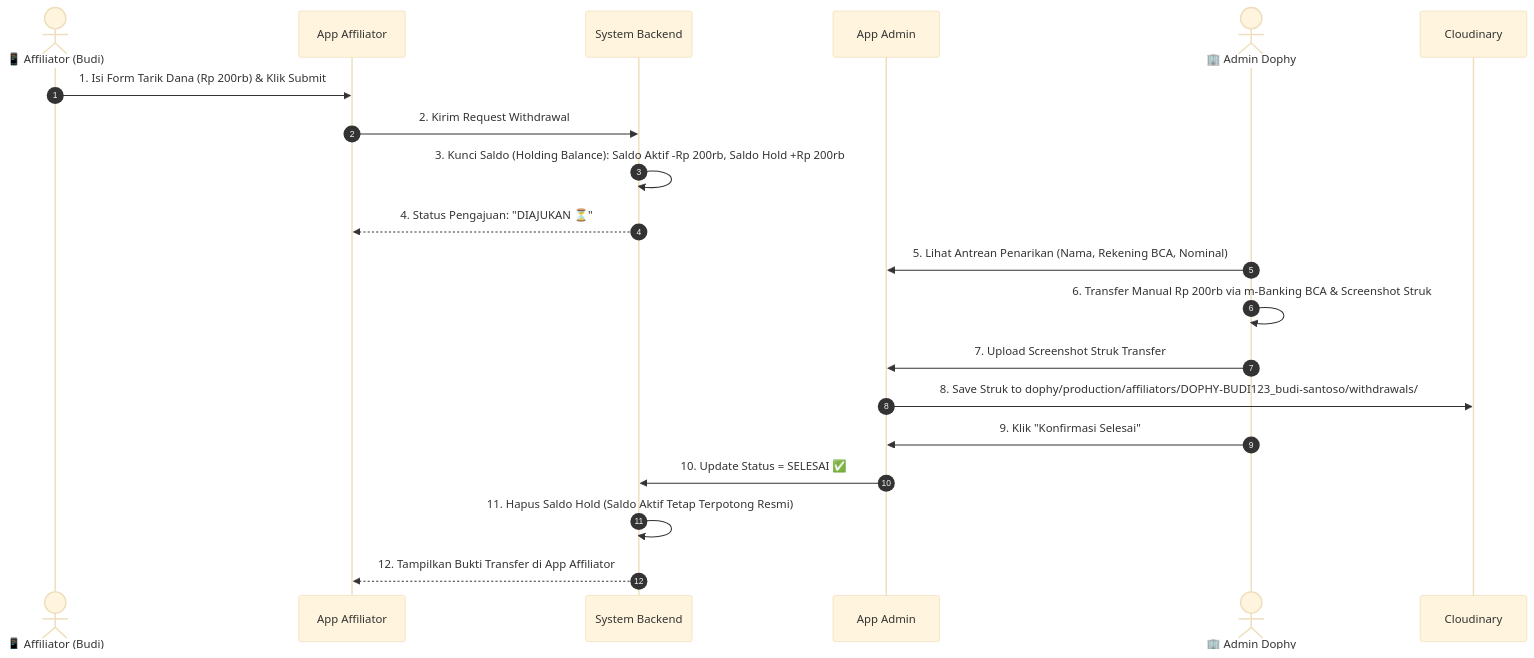
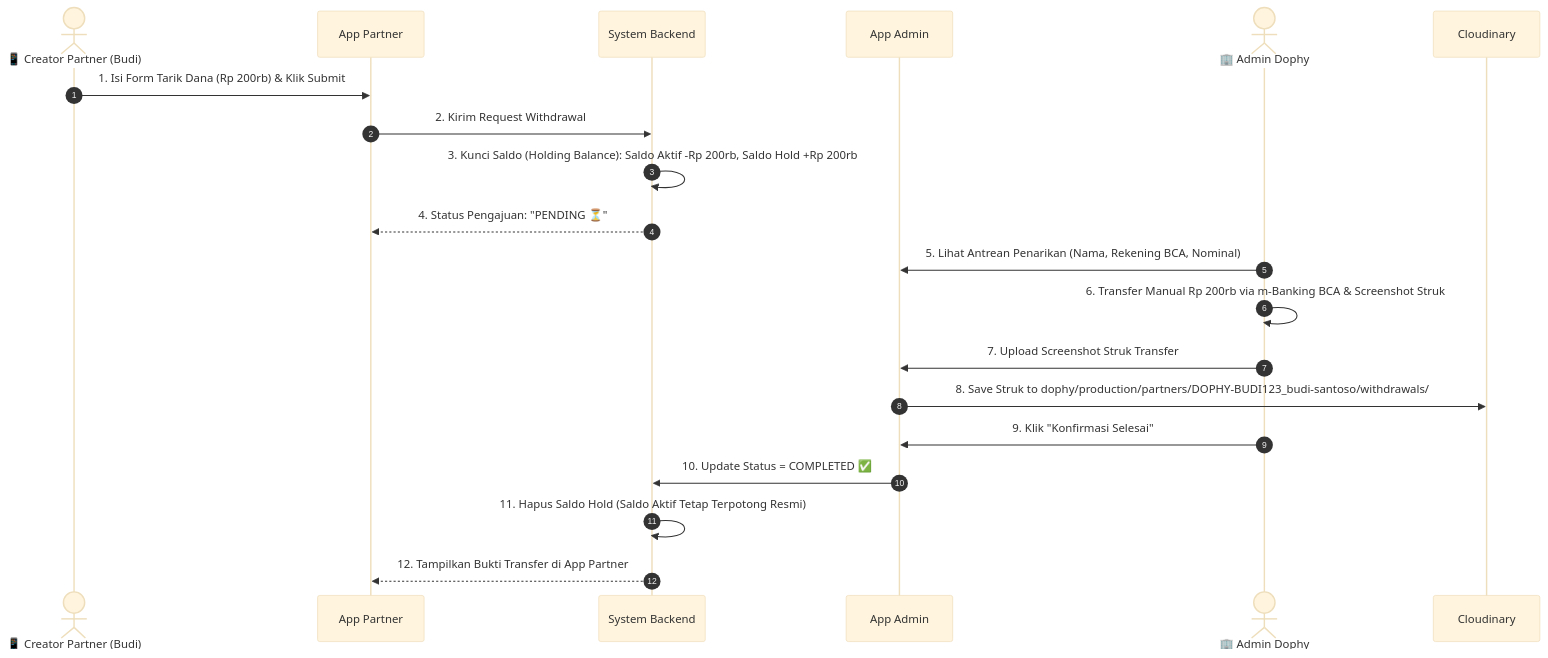
One commit to overcode-lab/dophy changed the second of 2 diagrams in docs/project-plan-review.md. Above: the diagram before and after it, drawn with Mermaid (base theme). The commit also changed other lines of this file and 111 other files, not shown here.

Commit message:
feat: complete rebranding to partner app, soft delete products, commission standardization and receipt UI refinement

````diff
--- a/docs/project-plan-review.md
+++ b/docs/project-plan-review.md
@@ -213,22 +144,22 @@
 ```mermaid
 sequenceDiagram
     autonumber
-    actor Affiliator as 📱 Affiliator (Budi)
-    participant AppAff as App Affiliator
+    actor Partner as 📱 Creator Partner (Budi)
+    participant AppPartner as App Partner
     participant Backend as System Backend
     participant AppAdmin as App Admin
     actor Admin as 🏢 Admin Dophy
 
-    Affiliator->>AppAff: 1. Isi Form Tarik Dana (Rp 200rb) & Klik Submit
-    AppAff->>Backend: 2. Kirim Request Withdrawal
+    Partner->>AppPartner: 1. Isi Form Tarik Dana (Rp 200rb) & Klik Submit
+    AppPartner->>Backend: 2. Kirim Request Withdrawal
     Backend->>Backend: 3. Kunci Saldo (Holding Balance): Saldo Aktif -Rp 200rb, Saldo Hold +Rp 200rb
-    Backend-->>AppAff: 4. Status Pengajuan: "DIAJUKAN ⏳"
+    Backend-->>AppPartner: 4. Status Pengajuan: "PENDING ⏳"
     Admin->>AppAdmin: 5. Lihat Antrean Penarikan (Nama, Rekening BCA, Nominal)
     Admin->>Admin: 6. Transfer Manual Rp 200rb via m-Banking BCA & Screenshot Struk
     Admin->>AppAdmin: 7. Upload Screenshot Struk Transfer
-    AppAdmin->>Cloudinary: 8. Save Struk to dophy/production/affiliators/DOPHY-BUDI123_budi-santoso/withdrawals/
+    AppAdmin->>Cloudinary: 8. Save Struk to dophy/production/partners/DOPHY-BUDI123_budi-santoso/withdrawals/
     Admin->>AppAdmin: 9. Klik "Konfirmasi Selesai"
-    AppAdmin->>Backend: 10. Update Status = SELESAI ✅
+    AppAdmin->>Backend: 10. Update Status = COMPLETED ✅
     Backend->>Backend: 11. Hapus Saldo Hold (Saldo Aktif Tetap Terpotong Resmi)
-    Backend-->>AppAff: 12. Tampilkan Bukti Transfer di App Affiliator
+    Backend-->>AppPartner: 12. Tampilkan Bukti Transfer di App Partner
 ```
````
